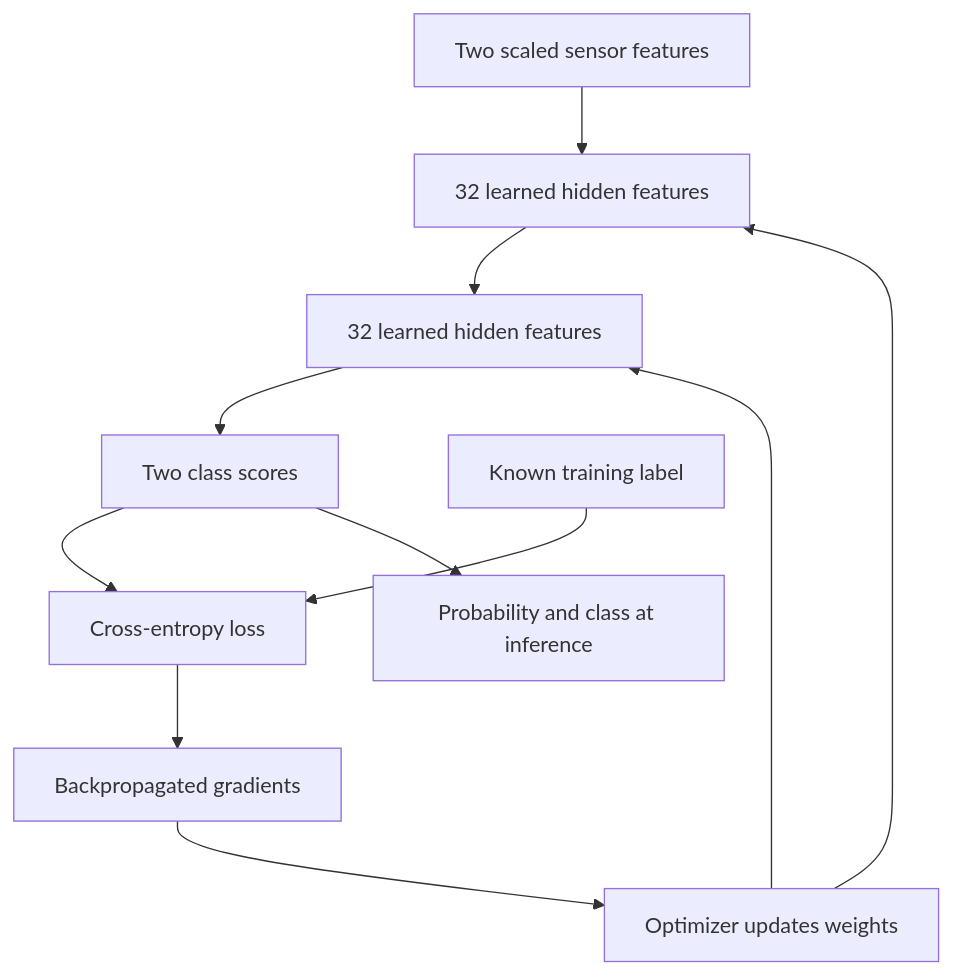
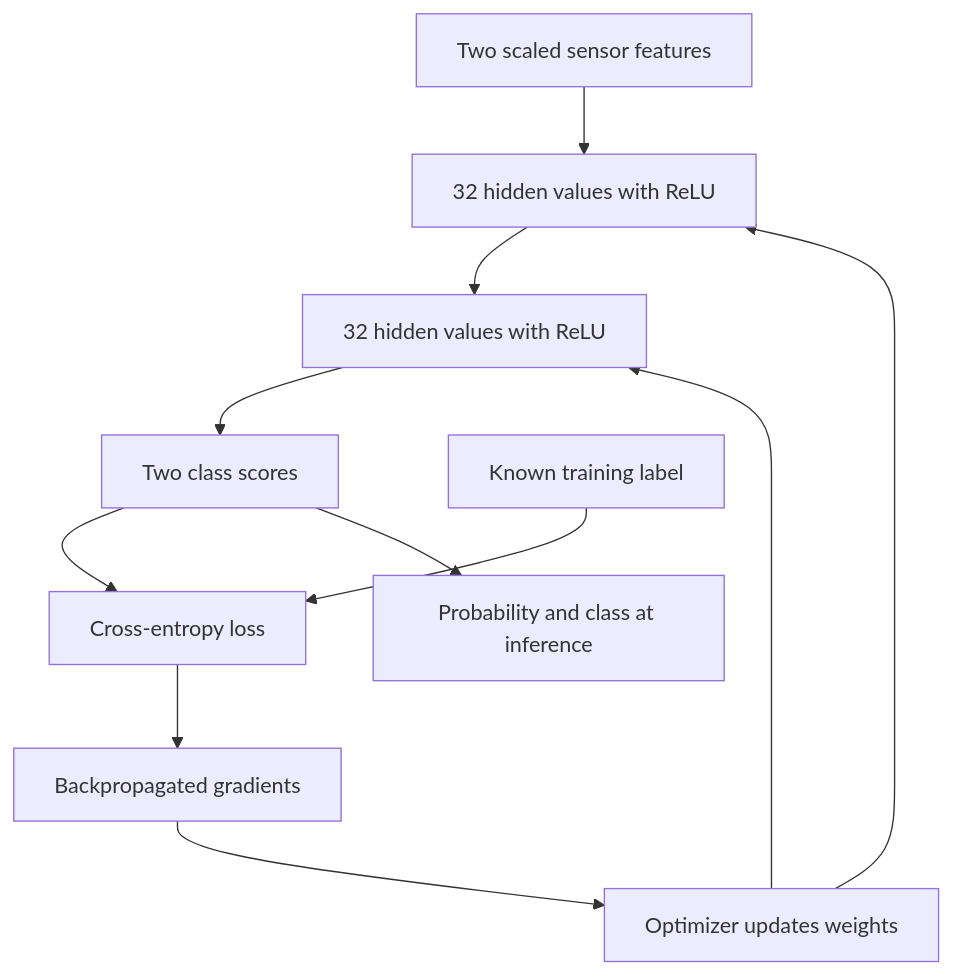
One commit to zelicerica/machine-learning-super-lab changed the diagram in course/Deep-Learning.md. Above: the diagram before and after it, drawn with Mermaid. The commit also changed 124 other files, not shown here.

````diff
--- a/course/Deep-Learning.md
+++ b/course/Deep-Learning.md
@@ -29,13 +29,13 @@
 ```mermaid
 flowchart TD
- X[Two scaled sensor features] --> H1[32 learned hidden features]
- H1 --> H2[32 learned hidden features]
+ X[Two scaled sensor features] --> H1[32 hidden values with ReLU]
+ H1 --> H2[32 hidden values with ReLU]
  H2 --> S[Two class scores]
  S --> L[Cross-entropy loss]
  Y[Known training label] --> L
  L --> G[Backpropagated gradients]
  G --> U[Optimizer updates weights]
  U --> H1
  U --> H2
  S --> P[Probability and class at inference]
 ```
````
